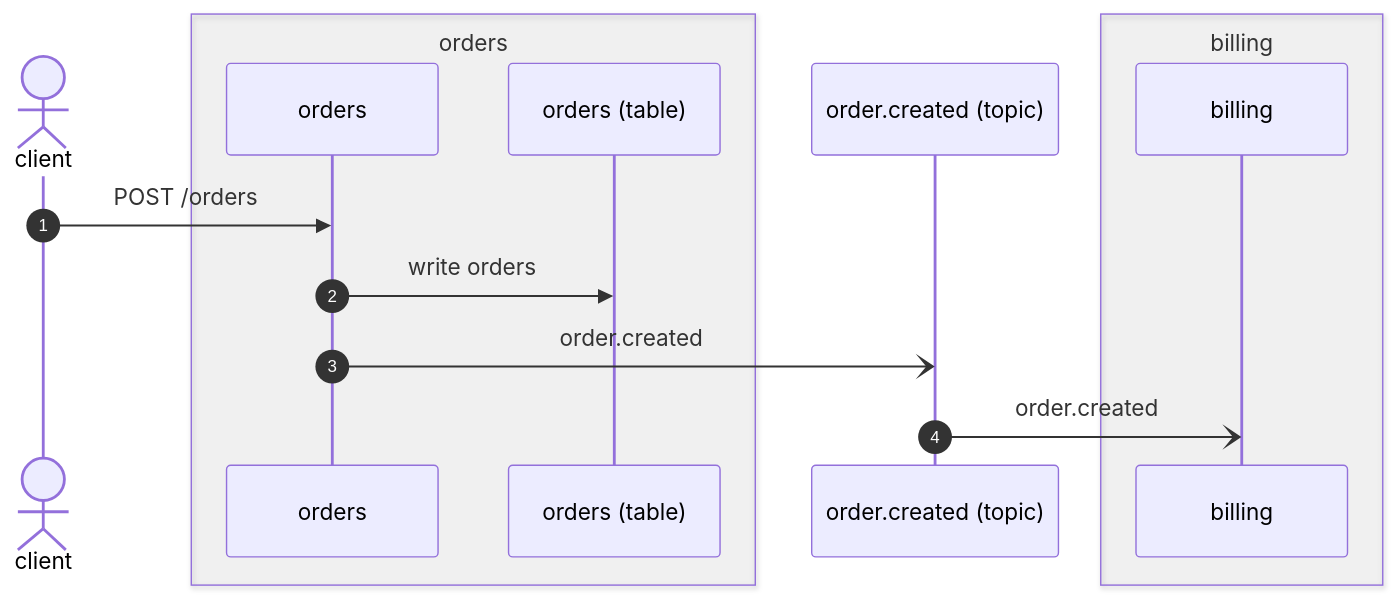
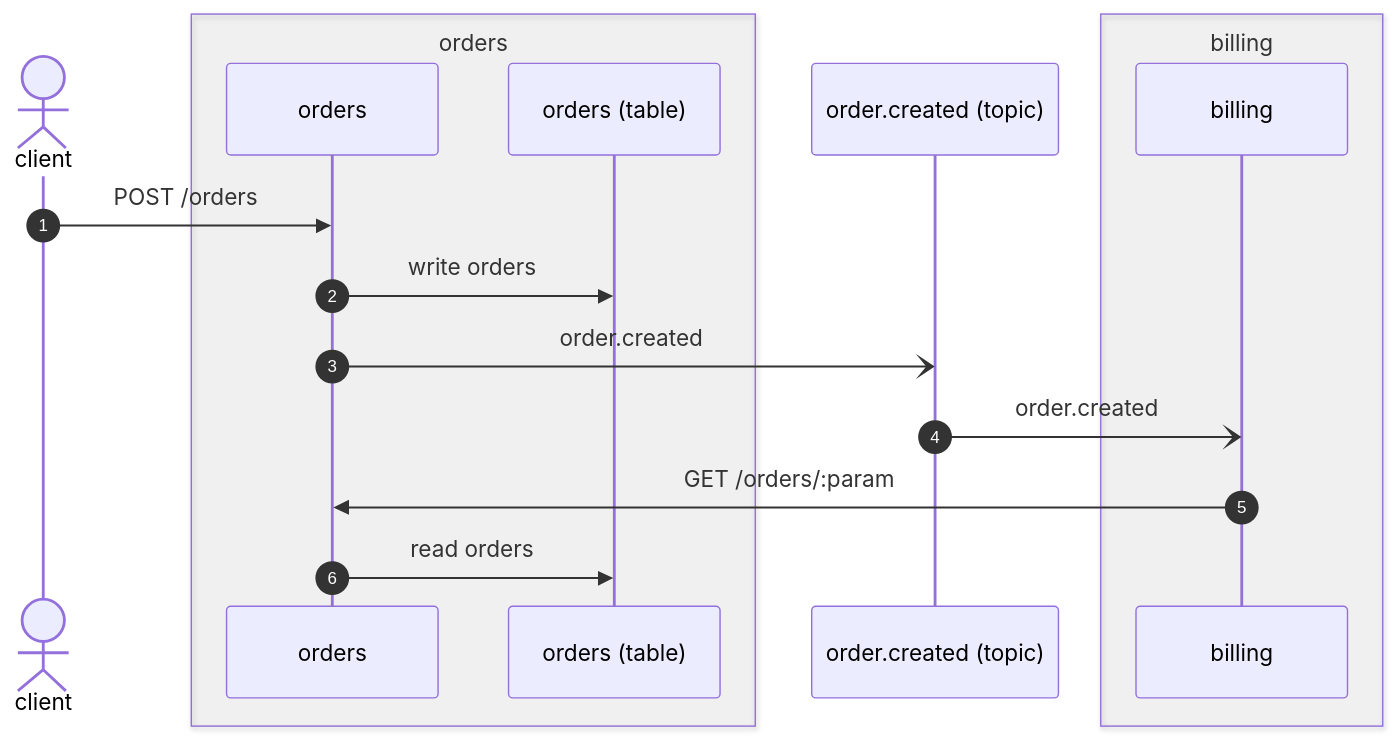
Before and after one commit to Panevschi-Ruslan/flowatlas: the first of 2 diagrams in fixtures/multi-repo/expected.cli/docs.architecture.md, drawn with Mermaid. The commit also changed other lines of this file and 111 other files, not shown here.

First line of the commit message:
Give the demo's billing a call to orders, and keep two services' snapshots of one request apart (P209, P222, P223, P224)

````diff
--- a/fixtures/multi-repo/expected.cli/docs.architecture.md
+++ b/fixtures/multi-repo/expected.cli/docs.architecture.md
@@ -33,17 +33,19 @@
 ```mermaid
 sequenceDiagram
   autonumber
   actor n_caller as client
   box rgba(128,128,128,0.08) orders
     participant n_orders as orders
     participant n_table_orders_orders as orders (table)
   end
   participant n_channel_order_created as order.created (topic)
   box rgba(128,128,128,0.08) billing
     participant n_billing as billing
   end
   n_caller->>n_orders: POST /orders
   n_orders->>n_table_orders_orders: write orders
   n_orders-)n_channel_order_created: order.created
   n_channel_order_created-)n_billing: order.created
+  n_billing->>n_orders: GET /orders/:param
+  n_orders->>n_table_orders_orders: read orders
 ```
````
